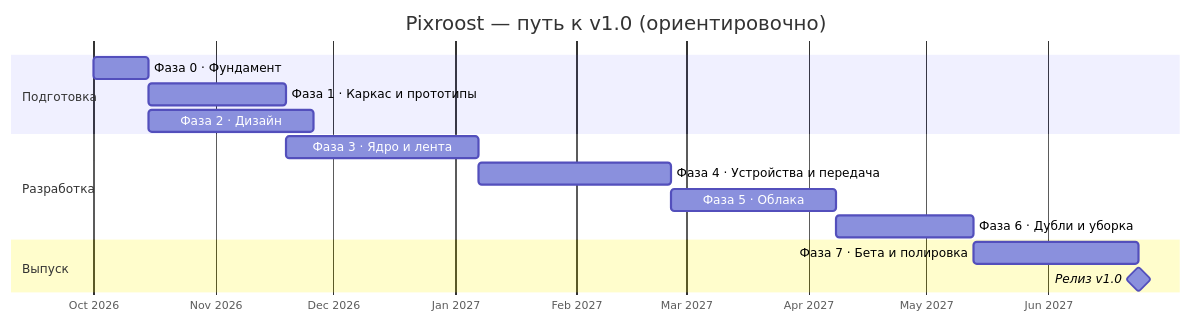
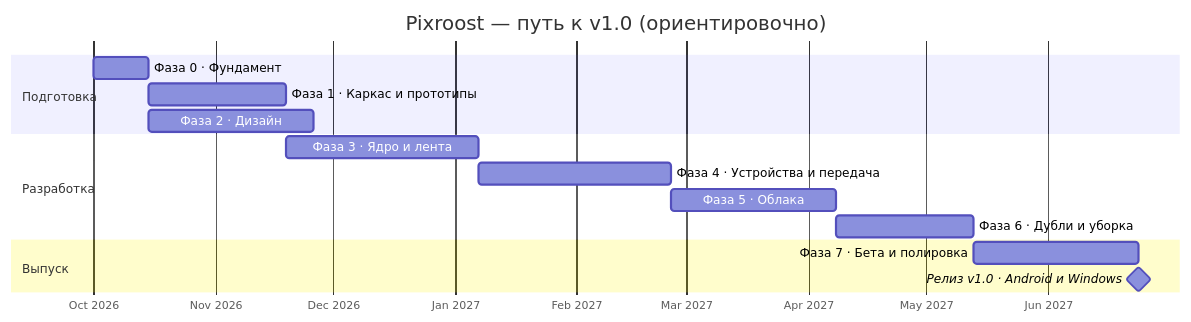
Before and after one commit to intelbetteramd-sys/homeroll: the diagram in docs/roadmap.md, drawn with Mermaid. The commit also changed other lines of this file and 10 other files, not shown here.

Commit message:
docs: plan v1.0 for Android and Windows first (#13)

````diff
--- a/docs/roadmap.md
+++ b/docs/roadmap.md
@@ -9,18 +13,18 @@
 ```mermaid
 gantt
   title Pixroost — путь к v1.0 (ориентировочно)
   dateFormat YYYY-MM-DD
   axisFormat %b %Y
   section Подготовка
   Фаза 0 · Фундамент              :p0, 2026-10-01, 14d
   Фаза 1 · Каркас и прототипы     :p1, after p0, 35d
   Фаза 2 · Дизайн                 :p2, after p0, 42d
   section Разработка
   Фаза 3 · Ядро и лента           :p3, after p1, 49d
   Фаза 4 · Устройства и передача  :p4, after p3, 49d
   Фаза 5 · Облака                 :p5, after p4, 42d
   Фаза 6 · Дубли и уборка         :p6, after p5, 35d
   section Выпуск
   Фаза 7 · Бета и полировка       :p7, after p6, 42d
-  Релиз v1.0                      :milestone, after p7, 0d
+  Релиз v1.0 · Android и Windows  :milestone, after p7, 0d
 ```
````
